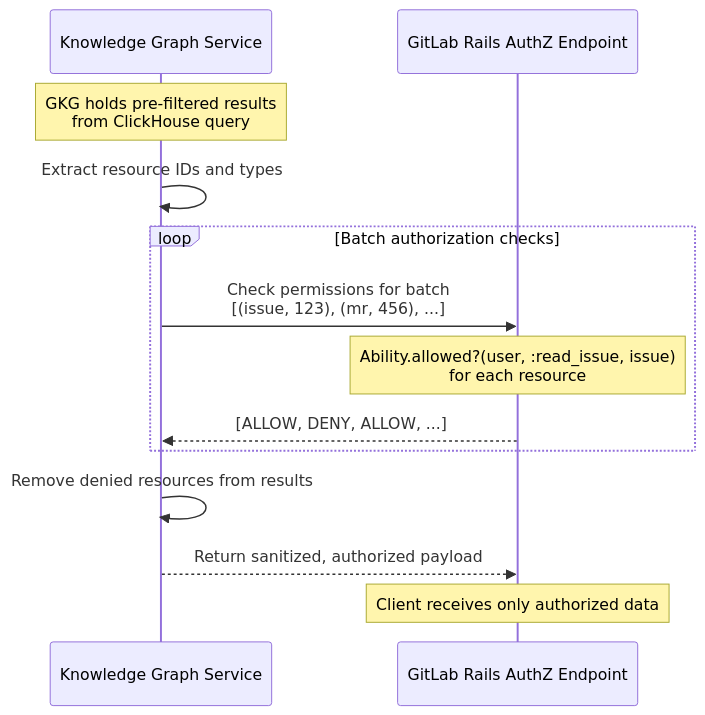
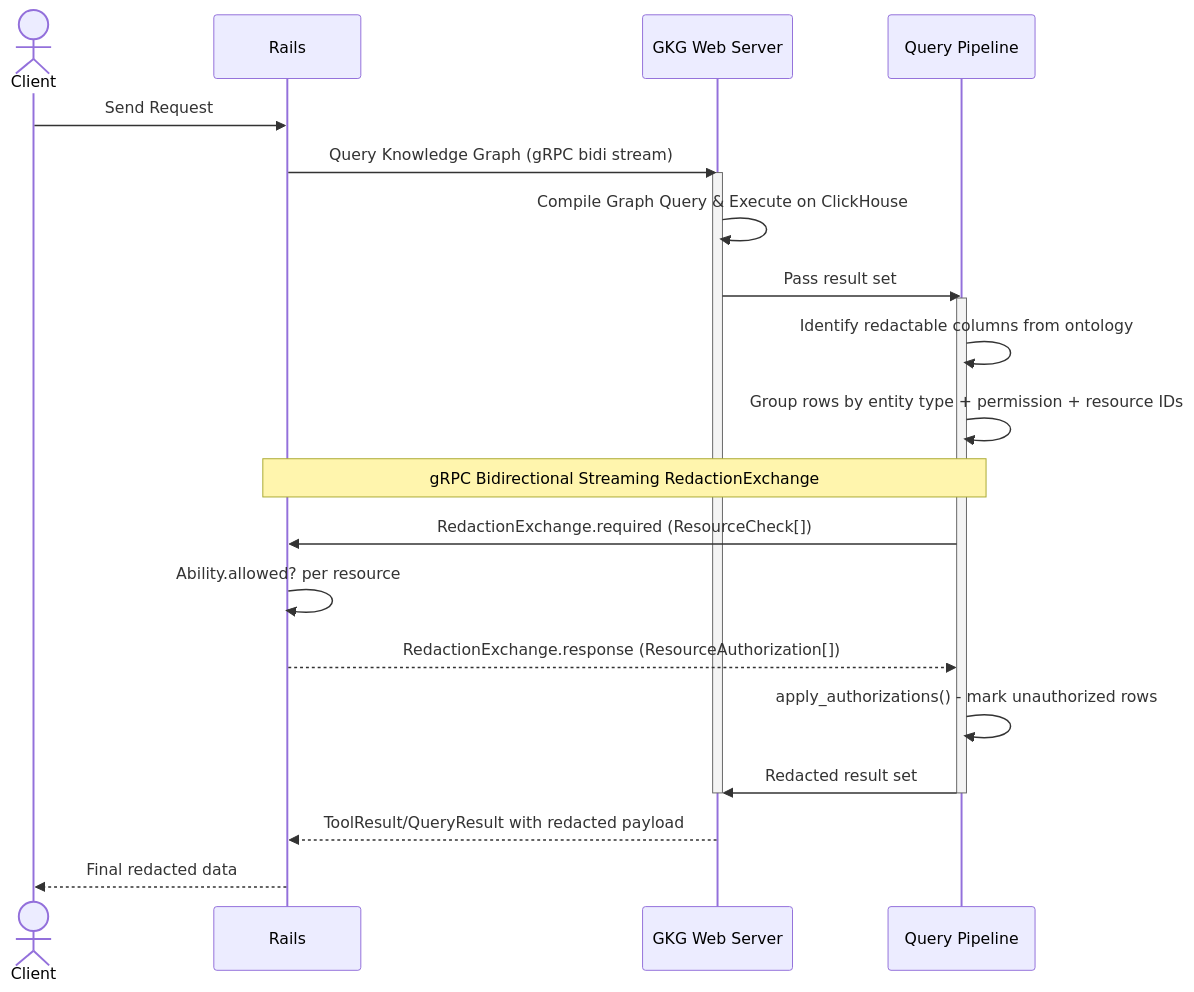
The fourth of 4 diagrams in docs/design-documents/security.md (gitlabhq/orbit-knowledge-graph), drawn with Mermaid before and after one commit. The commit also changed other lines of this file and 5 other files, not shown here.

````diff
--- a/docs/design-documents/security.md
+++ b/docs/design-documents/security.md
@@ -257,20 +260,31 @@
 ```mermaid
 sequenceDiagram
-    participant GKG as Knowledge Graph Service
-    participant Rails as GitLab Rails AuthZ Endpoint
+    actor Client
+    participant Rails
+    participant WebServer as GKG Web Server
+    participant AuthEngine as Query Pipeline
 
-    note over GKG: GKG holds pre-filtered results<br/>from ClickHouse query
+    Client->>Rails: Send Request
+    Rails->>WebServer: Query Knowledge Graph (gRPC bidi stream)
 
-    GKG->>GKG: Extract resource IDs and types
+    activate WebServer
+    WebServer->>WebServer: Compile Graph Query & Execute on ClickHouse
+    WebServer->>AuthEngine: Pass result set
+    activate AuthEngine
 
-    loop Batch authorization checks
-        GKG->>Rails: Check permissions for batch<br/>[(issue, 123), (mr, 456), ...]
-        Note over Rails: Ability.allowed?(user, :read_issue, issue)<br/>for each resource
-        Rails-->>GKG: [ALLOW, DENY, ALLOW, ...]
-    end
+    AuthEngine->>AuthEngine: Identify redactable columns from ontology
+    AuthEngine->>AuthEngine: Group rows by entity type + permission + resource IDs
 
-    GKG->>GKG: Remove denied resources from results
+    Note over AuthEngine, Rails: gRPC Bidirectional Streaming RedactionExchange
+    AuthEngine->>Rails: RedactionExchange.required (ResourceCheck[])
+    Rails->>Rails: Ability.allowed? per resource
+    Rails-->>AuthEngine: RedactionExchange.response (ResourceAuthorization[])
 
-    GKG-->>Rails: Return sanitized, authorized payload
-    Note over Rails: Client receives only authorized data
+    AuthEngine->>AuthEngine: apply_authorizations() - mark unauthorized rows
+    AuthEngine->>WebServer: Redacted result set
+    deactivate AuthEngine
+    deactivate WebServer
+
+    WebServer-->>Rails: ToolResult/QueryResult with redacted payload
+    Rails-->>Client: Final redacted data
 ```
````
